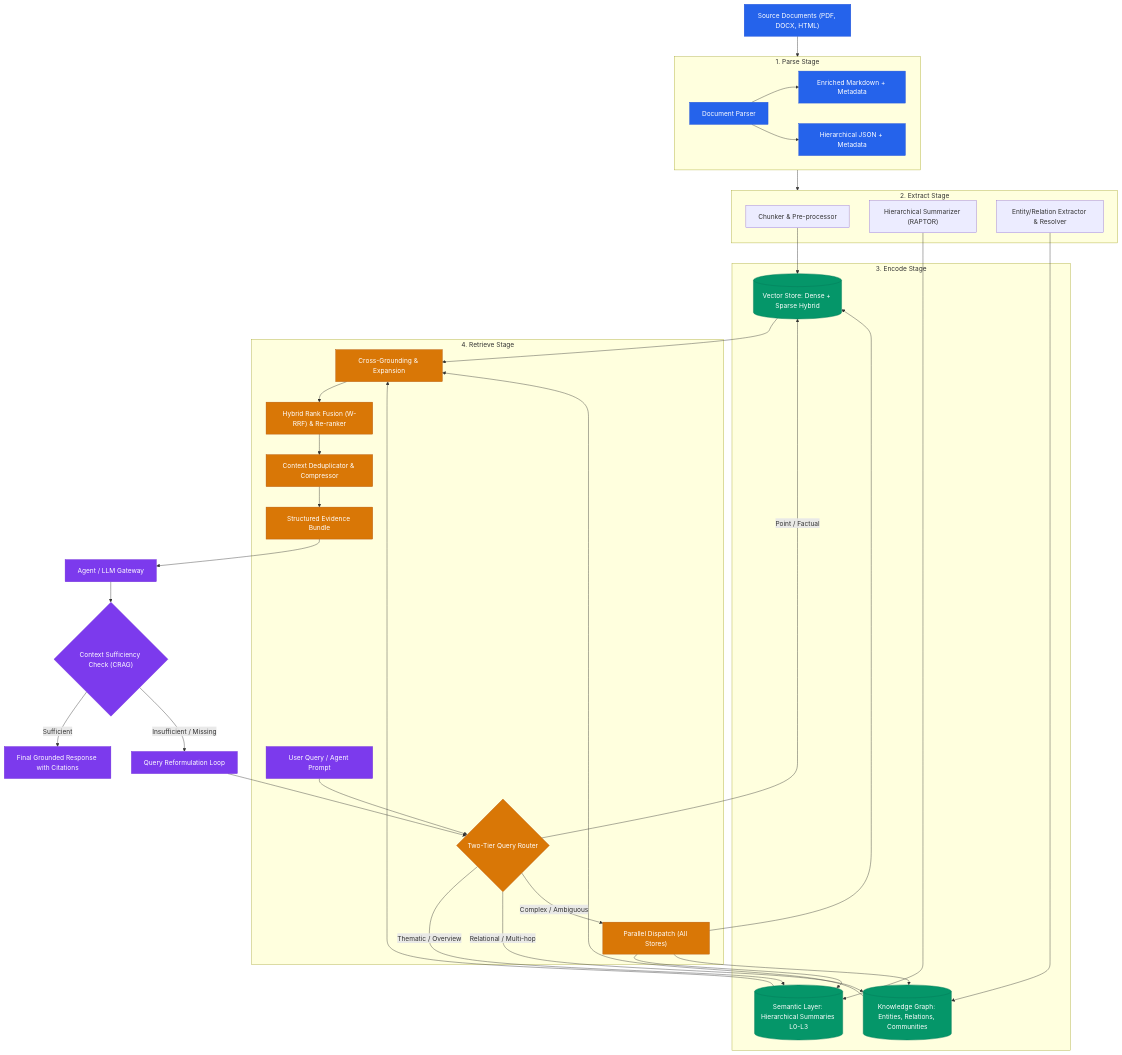
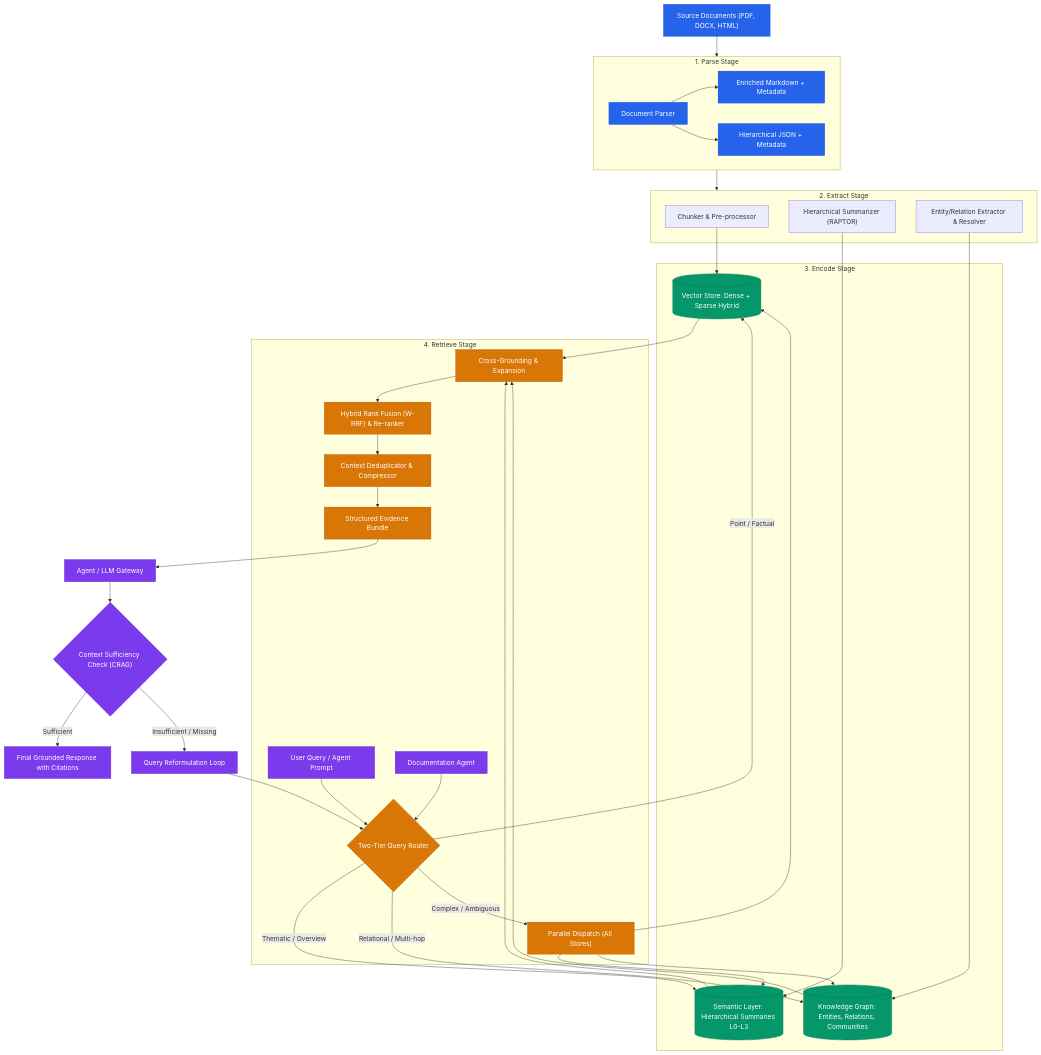
The first of 6 diagrams in docs/rag_architecture.md (dadpogu/docbrain), drawn with Mermaid before and after one commit. The commit also changed other lines of this file and 56 other files, not shown here.

````diff
--- a/docs/rag_architecture.md
+++ b/docs/rag_architecture.md
@@ -34,56 +41,57 @@
 ```mermaid
 graph TD
     classDef primary fill:#2563eb,stroke:#1d4ed8,color:#ffffff;
     classDef storage fill:#059669,stroke:#047857,color:#ffffff;
     classDef broker fill:#d97706,stroke:#b45309,color:#ffffff;
     classDef agent fill:#7c3aed,stroke:#6d28d9,color:#ffffff;
 
     SRC["Source Documents (PDF, DOCX, HTML)"]:::primary --> PARSE
 
     subgraph PARSE["1. Parse Stage"]
         PARSER["Document Parser"]:::primary
         PARSER --> MD["Enriched Markdown + Metadata"]:::primary
         PARSER --> JSON["Hierarchical JSON + Metadata"]:::primary
     end
 
     subgraph EXTRACT["2. Extract Stage"]
         ING_VEC["Chunker & Pre-processor"]
         ING_SEM["Hierarchical Summarizer (RAPTOR)"]
         ING_KG["Entity/Relation Extractor & Resolver"]
     end
 
     PARSE --> EXTRACT
 
     subgraph ENCODE["3. Encode Stage"]
         ING_VEC --> VS[("Vector Store: Dense + Sparse Hybrid")]:::storage
         ING_SEM --> SL[("Semantic Layer: Hierarchical Summaries L0-L3")]:::storage
         ING_KG --> GS[("Knowledge Graph: Entities, Relations, Communities")]:::storage
     end
 
     subgraph RETRIEVE["4. Retrieve Stage"]
         USER["User Query / Agent Prompt"]:::agent --> ROUTER{"Two-Tier Query Router"}:::broker
+        DOCAGENT["Documentation Agent"]:::agent --> ROUTER
 
         ROUTER -->|"Point / Factual"| VS
         ROUTER -->|"Thematic / Overview"| SL
         ROUTER -->|"Relational / Multi-hop"| GS
         ROUTER -->|"Complex / Ambiguous"| ALL["Parallel Dispatch (All Stores)"]:::broker
 
         ALL --> VS
         ALL --> SL
         ALL --> GS
 
         VS --> EXP["Cross-Grounding & Expansion"]:::broker
         SL --> EXP
         GS --> EXP
 
         EXP --> RRF["Hybrid Rank Fusion (W-RRF) & Re-ranker"]:::broker
         RRF --> DEDUP["Context Deduplicator & Compressor"]:::broker
         DEDUP --> BUNDLE["Structured Evidence Bundle"]:::broker
     end
 
     BUNDLE --> AGENT["Agent / LLM Gateway"]:::agent
     AGENT --> EVAL{"Context Sufficiency Check (CRAG)"}:::agent
     EVAL -->|"Sufficient"| RESP["Final Grounded Response with Citations"]:::agent
     EVAL -->|"Insufficient / Missing"| REWRITE["Query Reformulation Loop"]:::agent
     REWRITE --> ROUTER
 ```
````
